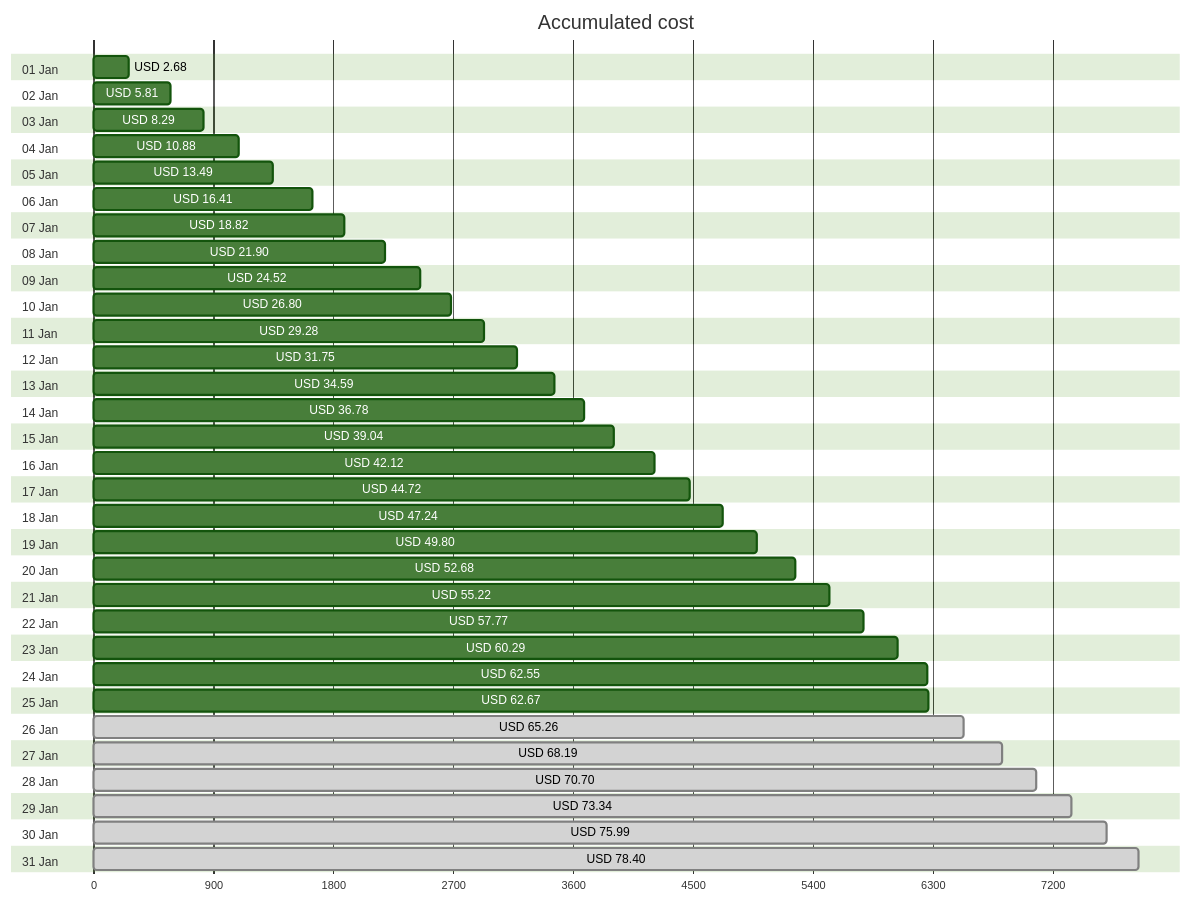
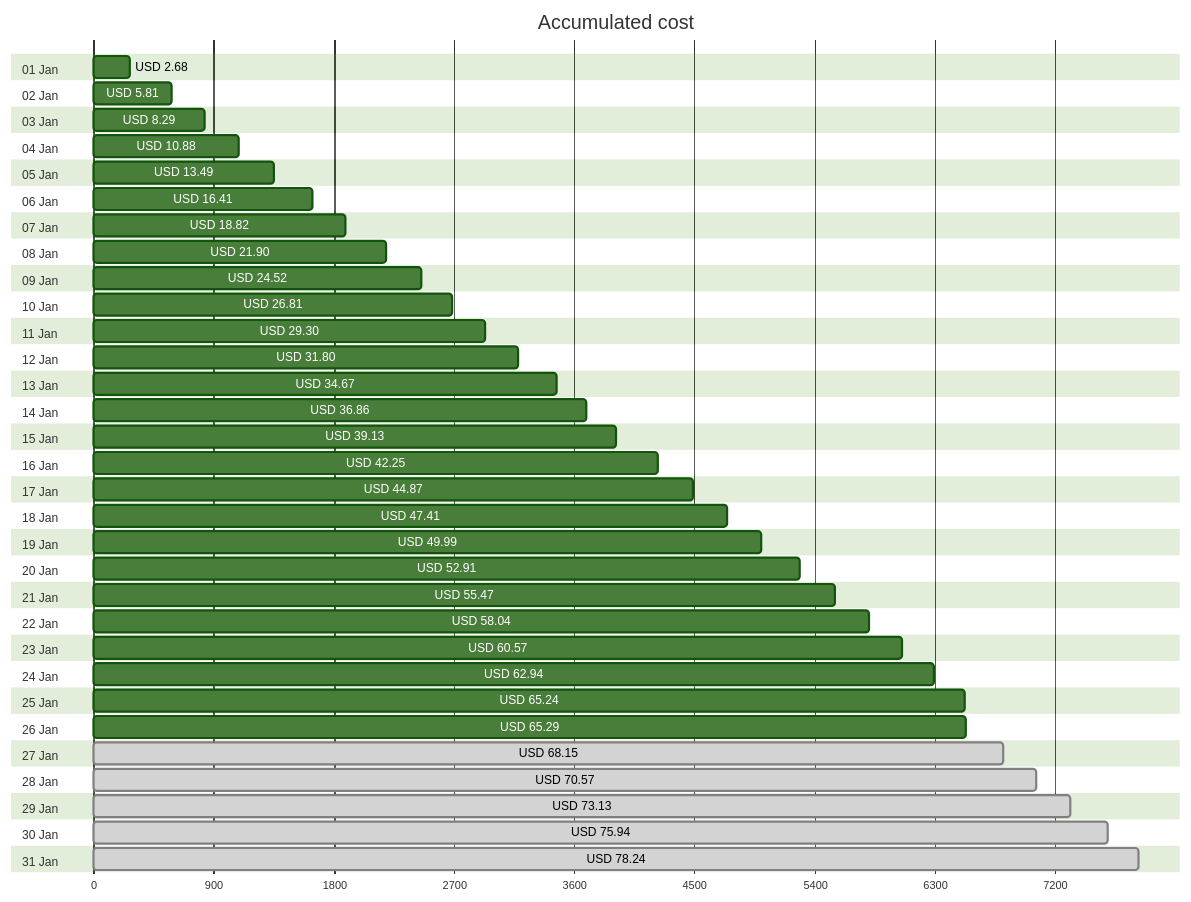
One commit to jpfulton/azure-personal-reports changed the first of 4 diagrams in cost-reports/accumulated-cost.md. Above: the diagram before and after it, drawn with Mermaid (forest theme). The commit also changed other lines of this file and 4 other files, not shown here.

````diff
--- a/cost-reports/accumulated-cost.md
+++ b/cost-reports/accumulated-cost.md
@@ -20,68 +20,68 @@
 ```mermaid
 gantt
    title Accumulated cost
    dateFormat  X
    axisFormat %s
    section 01 Jan
    USD 2.68 :0, 268
    section 02 Jan
    USD 5.81 :0, 581
    section 03 Jan
    USD 8.29 :0, 829
    section 04 Jan
    USD 10.88 :0, 1088
    section 05 Jan
    USD 13.49 :0, 1349
    section 06 Jan
    USD 16.41 :0, 1641
    section 07 Jan
    USD 18.82 :0, 1882
    section 08 Jan
    USD 21.90 :0, 2190
    section 09 Jan
    USD 24.52 :0, 2452
    section 10 Jan
-   USD 26.80 :0, 2680
+   USD 26.81 :0, 2681
    section 11 Jan
-   USD 29.28 :0, 2928
+   USD 29.30 :0, 2930
    section 12 Jan
-   USD 31.75 :0, 3175
+   USD 31.80 :0, 3180
    section 13 Jan
-   USD 34.59 :0, 3459
+   USD 34.67 :0, 3467
    section 14 Jan
-   USD 36.78 :0, 3678
+   USD 36.86 :0, 3686
    section 15 Jan
-   USD 39.04 :0, 3904
+   USD 39.13 :0, 3913
    section 16 Jan
-   USD 42.12 :0, 4212
+   USD 42.25 :0, 4225
    section 17 Jan
-   USD 44.72 :0, 4472
+   USD 44.87 :0, 4487
    section 18 Jan
-   USD 47.24 :0, 4724
+   USD 47.41 :0, 4741
    section 19 Jan
-   USD 49.80 :0, 4980
+   USD 49.99 :0, 4999
    section 20 Jan
-   USD 52.68 :0, 5268
+   USD 52.91 :0, 5291
    section 21 Jan
-   USD 55.22 :0, 5522
+   USD 55.47 :0, 5547
    section 22 Jan
-   USD 57.77 :0, 5777
+   USD 58.04 :0, 5804
    section 23 Jan
-   USD 60.29 :0, 6029
+   USD 60.57 :0, 6057
    section 24 Jan
-   USD 62.55 :0, 6255
+   USD 62.94 :0, 6294
    section 25 Jan
-   USD 62.67 :0, 6267
+   USD 65.24 :0, 6524
    section 26 Jan
-   USD 65.26 : done, 0, 6526
+   USD 65.29 :0, 6529
    section 27 Jan
-   USD 68.19 : done, 0, 6819
+   USD 68.15 : done, 0, 6815
    section 28 Jan
-   USD 70.70 : done, 0, 7070
+   USD 70.57 : done, 0, 7057
    section 29 Jan
-   USD 73.34 : done, 0, 7334
+   USD 73.13 : done, 0, 7313
    section 30 Jan
-   USD 75.99 : done, 0, 7599
+   USD 75.94 : done, 0, 7594
    section 31 Jan
-   USD 78.40 : done, 0, 7840
+   USD 78.24 : done, 0, 7824
 ```
````
